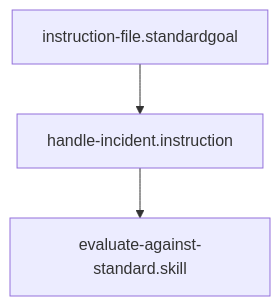
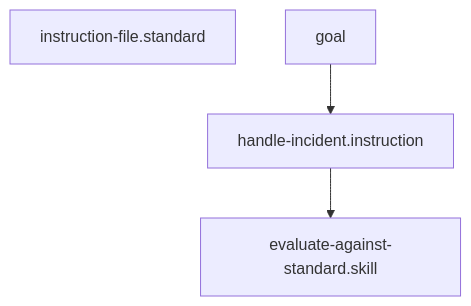
One commit to Gizmo4Life/ai-kernel changed the diagram in instructions/handle-incident.instruction.md. Above: the diagram before and after it, drawn with Mermaid. The commit also changed other lines of this file and 101 other files, not shown here.

````diff
--- a/instructions/handle-incident.instruction.md
+++ b/instructions/handle-incident.instruction.md
@@ -23,5 +23,6 @@
 ```mermaid
 graph TD
-    instruction-file.standardgoal --> handle-incident.instruction
+    instruction-file.standard
+goal --> handle-incident.instruction
     handle-incident.instruction --> evaluate-against-standard[evaluate-against-standard.skill]
 ```
````
